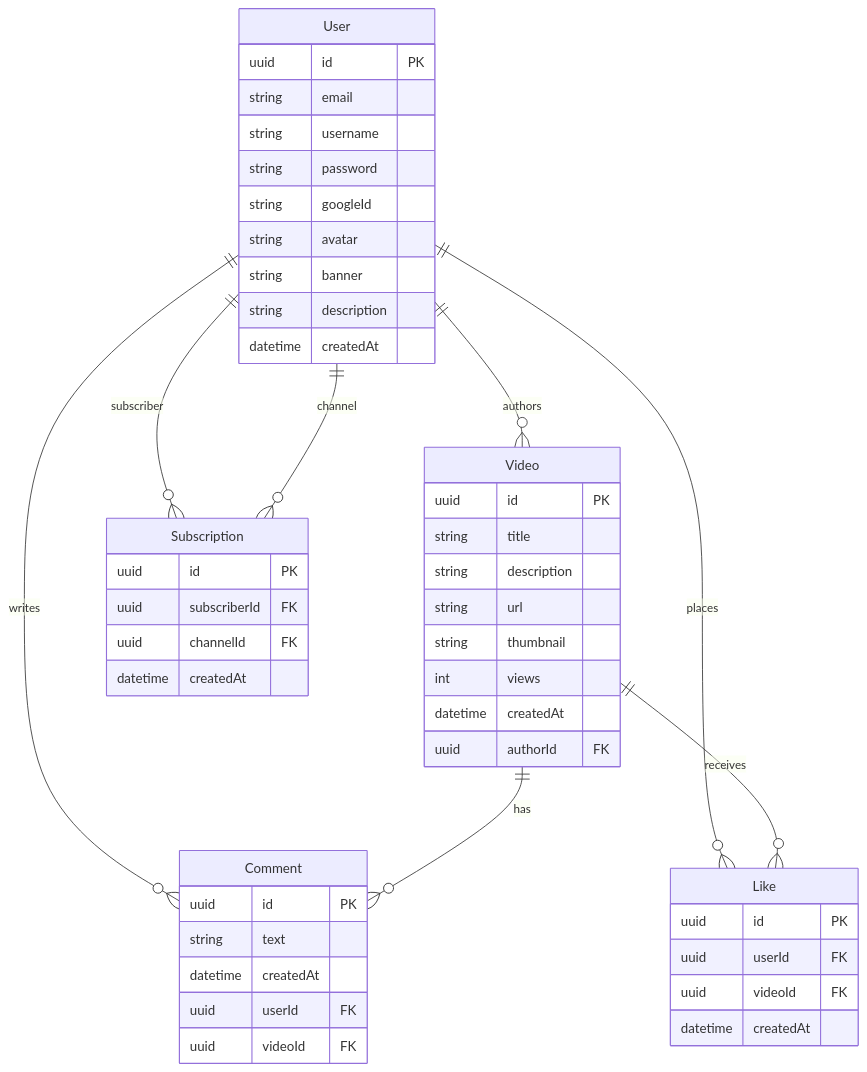
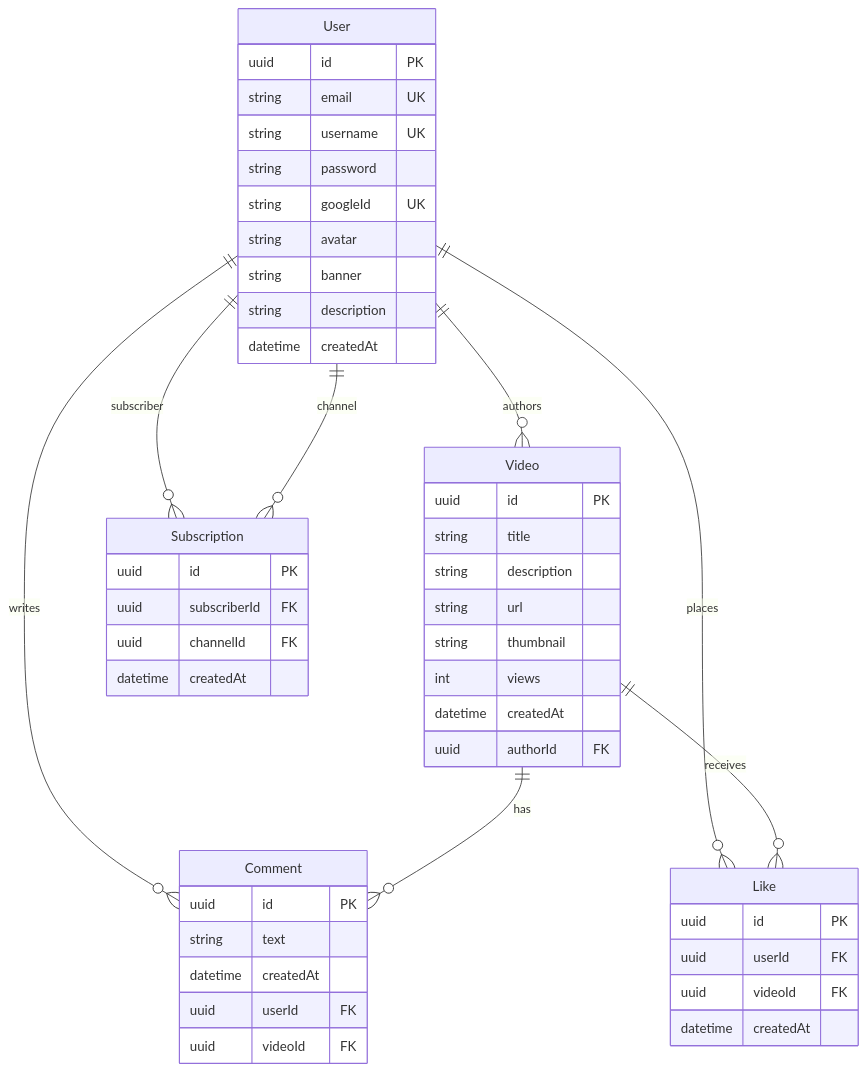
Before and after one commit to ezpectus/kpi2__Mavpz-Labs: the diagram in Labs/lab1-er/model/er.mmd, drawn with Mermaid. The commit also changed 3 other files, not shown here.

```diff
--- a/Labs/lab1-er/model/er.mmd
+++ b/Labs/lab1-er/model/er.mmd
@@ -1,58 +1,58 @@
 erDiagram
     User {
         uuid id PK
-        string email
-        string username
+        string email UK
+        string username UK
         string password
-        string googleId
+        string googleId UK
         string avatar
         string banner
         string description
         datetime createdAt
     }
 
     Video {
         uuid id PK
         string title
         string description
         string url
         string thumbnail
         int views
         datetime createdAt
         uuid authorId FK
     }
 
     Comment {
         uuid id PK
         string text
         datetime createdAt
         uuid userId FK
         uuid videoId FK
     }
 
     Like {
         uuid id PK
         uuid userId FK
         uuid videoId FK
         datetime createdAt
     }
 
     Subscription {
         uuid id PK
         uuid subscriberId FK
         uuid channelId FK
         datetime createdAt
     }
 
     User ||--o{ Video : "authors"
     User ||--o{ Comment : "writes"
     Video ||--o{ Comment : "has"
     User ||--o{ Like : "places"
     Video ||--o{ Like : "receives"
     User ||--o{ Subscription : "subscriber"
     User ||--o{ Subscription : "channel"
 
     %% Unique constraints:
     %% User: email, username, googleId
     %% Like: (userId, videoId)
     %% Subscription: (subscriberId, channelId)
```
